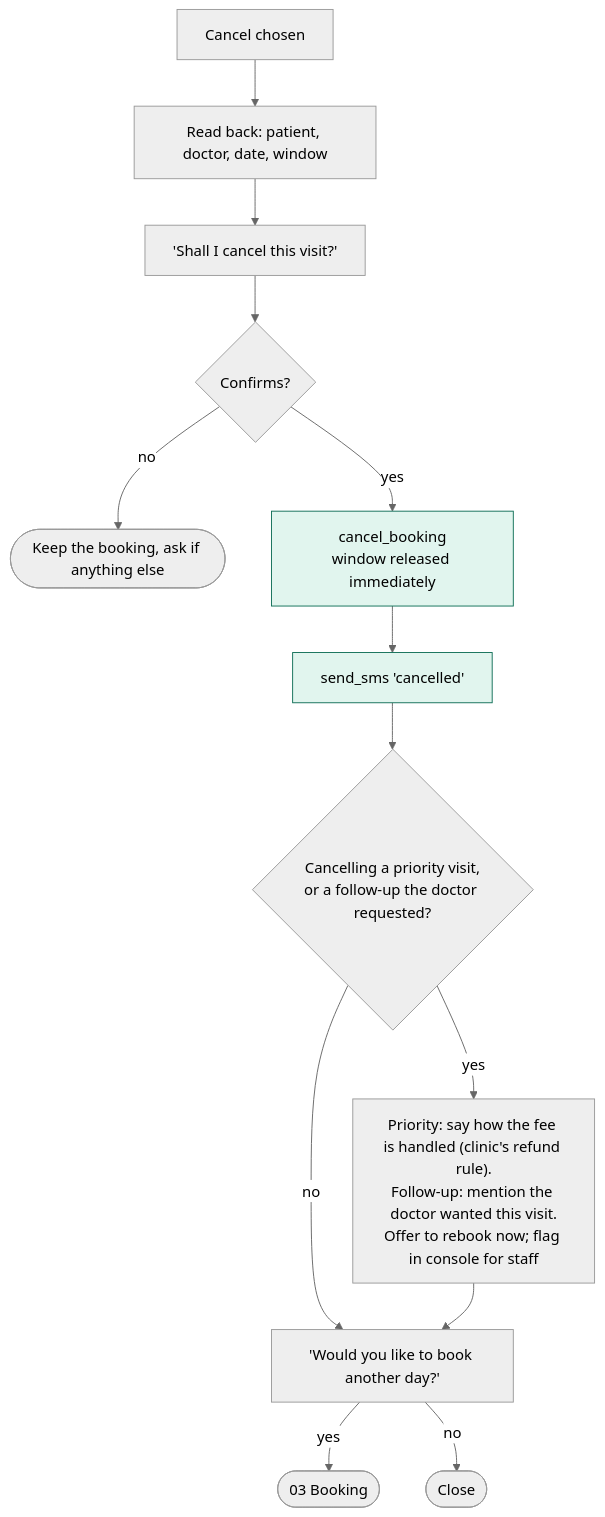
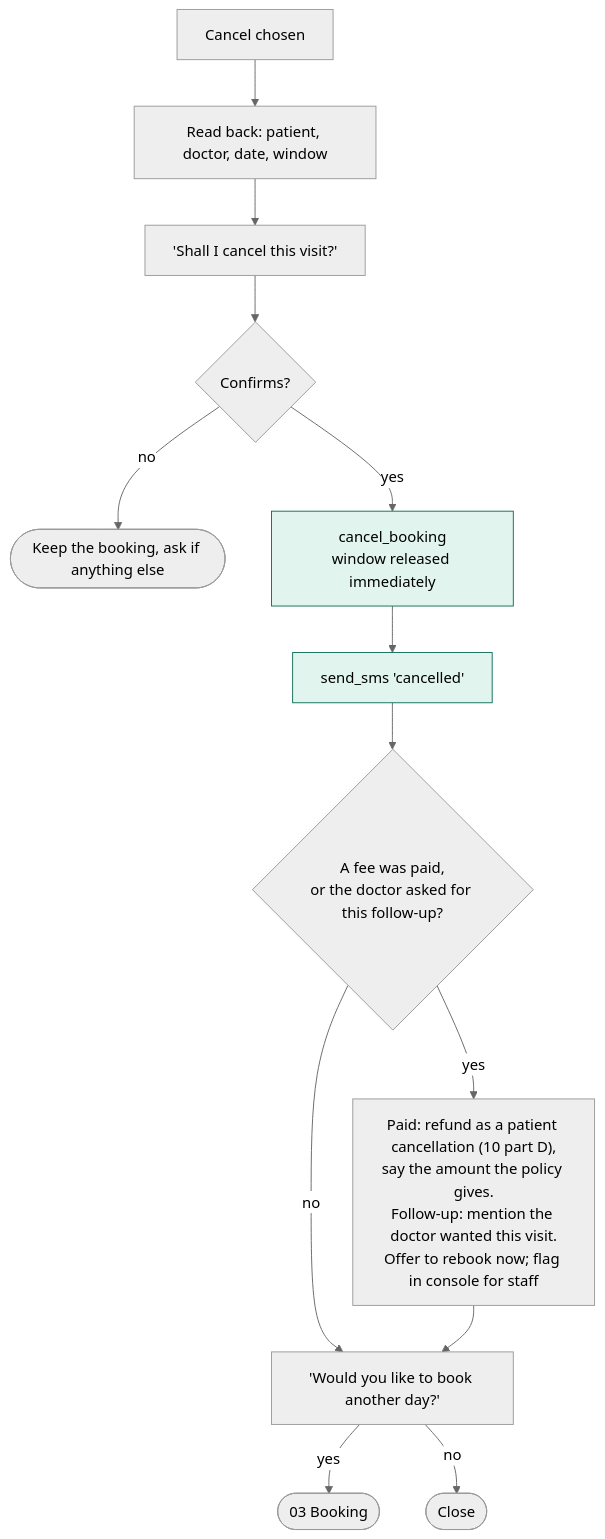
Before and after one commit to Anupamgt/tts-agent-1: the third of 4 diagrams in docs/flows/04-reschedule-cancel-status.md, drawn with Mermaid (neutral theme). The commit also changed 13 other files, not shown here.

````diff
--- a/docs/flows/04-reschedule-cancel-status.md
+++ b/docs/flows/04-reschedule-cancel-status.md
@@ -53,18 +53,18 @@
 ```mermaid
 flowchart TD
     C0["Cancel chosen"] --> C1["Read back: patient, doctor, date, window"]
     C1 --> C2["'Shall I cancel this visit?'"]
     C2 --> C3{"Confirms?"}
     C3 -->|"no"| C3a(["Keep the booking, ask if anything else"])
     C3 -->|"yes"| C4["cancel_booking<br/>window released immediately"]
     C4 --> C5["send_sms 'cancelled'"]
-    C5 --> C6{"Cancelling a priority visit,<br/>or a follow-up the doctor requested?"}
-    C6 -->|"yes"| C7["Priority: say how the fee is handled (clinic's refund rule).<br/>Follow-up: mention the doctor wanted this visit.<br/>Offer to rebook now; flag in console for staff"]
+    C5 --> C6{"A fee was paid,<br/>or the doctor asked for this follow-up?"}
+    C6 -->|"yes"| C7["Paid: refund as a patient cancellation (10 part D),<br/>say the amount the policy gives.<br/>Follow-up: mention the doctor wanted this visit.<br/>Offer to rebook now; flag in console for staff"]
     C6 -->|"no"| C8["'Would you like to book another day?'"]
     C7 --> C8
     C8 -->|"yes"| BK(["03 Booking"])
     C8 -->|"no"| C9(["Close"])
 
     classDef agent fill:#e1f5ee,stroke:#0f6e56;
     class C4,C5 agent;
 ```
````
